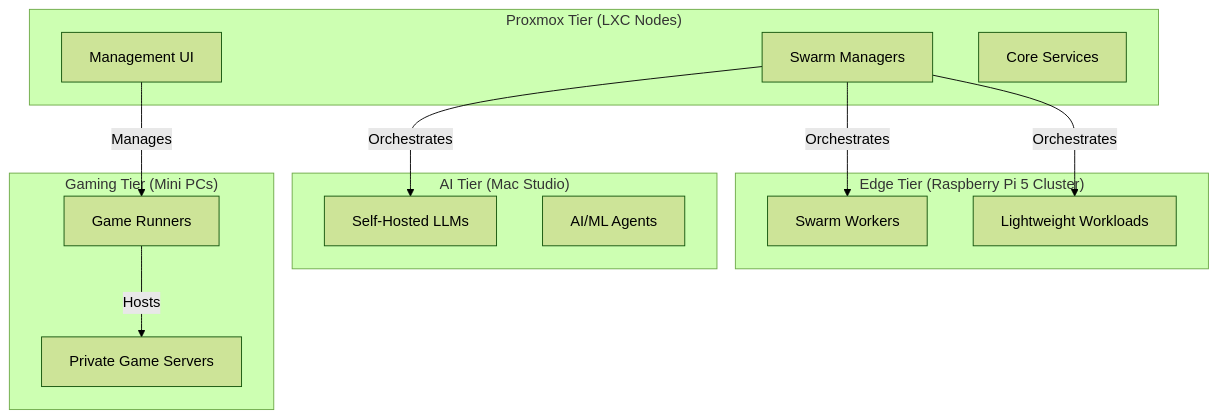
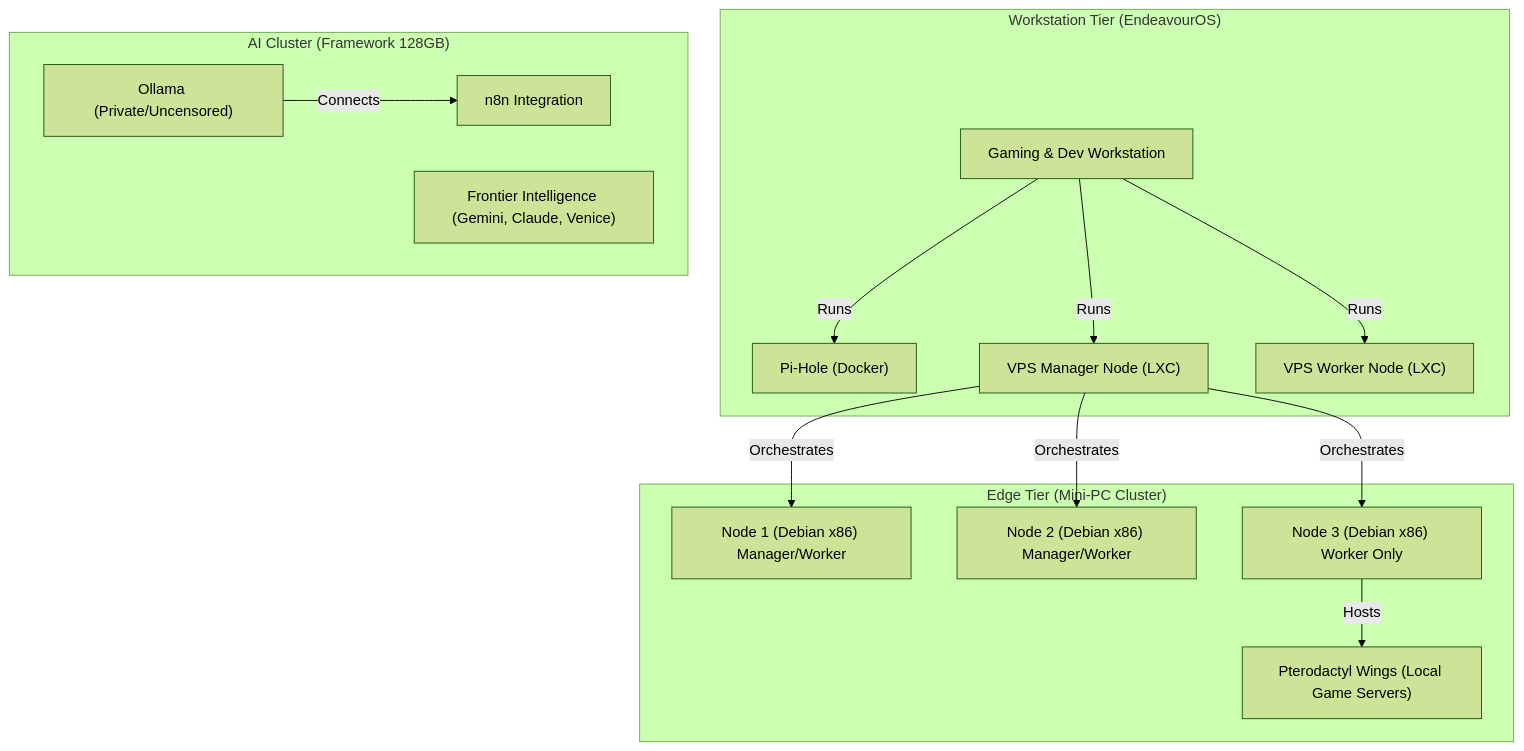
Before and after one commit to soriPhoono/cluster: the diagram in README.md, drawn with Mermaid (forest theme). The commit also changed other lines of this file and 12 other files, not shown here.

````diff
--- a/README.md
+++ b/README.md
@@ -9,29 +9,31 @@
 ```mermaid
 graph TD
-    subgraph "Proxmox Tier (LXC Nodes)"
-        M[Swarm Managers]
-        P[Management UI]
-        CS[Core Services]
+    subgraph "Workstation Tier (EndeavourOS)"
+        PC["Gaming & Dev Workstation"]
+        PH["Pi-Hole (Docker)"]
+        VM["VPS Manager Node (LXC)"]
+        VW["VPS Worker Node (LXC)"]
     end
 
-    subgraph "Edge Tier (Raspberry Pi 5 Cluster)"
-        W[Swarm Workers]
-        LW[Lightweight Workloads]
+    subgraph "Edge Tier (Mini-PC Cluster)"
+        E1["Node 1 (Debian x86) Manager/Worker"]
+        E2["Node 2 (Debian x86) Manager/Worker"]
+        E3["Node 3 (Debian x86) Worker Only"]
+        PW["Pterodactyl Wings (Local Game Servers)"]
     end
 
-    subgraph "AI Tier (Mac Studio)"
-        LLM[Self-Hosted LLMs]
-        AI[AI/ML Agents]
+    subgraph "AI Cluster (Framework 128GB)"
+        OL["Ollama (Private/Uncensored)"]
+        N8["n8n Integration"]
+        ext["Frontier Intelligence (Gemini, Claude, Venice)"]
     end
 
-    subgraph "Gaming Tier (Mini PCs)"
-        G[Game Runners]
-        GS[Private Game Servers]
-    end
-
-    M -- Orchestrates --> W
-    M -- Orchestrates --> LW
-    M -- Orchestrates --> LLM
-    P -- Manages --> G
-    G -- Hosts --> GS
+    PC -- Runs --> PH
+    PC -- Runs --> VM
+    PC -- Runs --> VW
+    VM -- Orchestrates --> E1
+    VM -- Orchestrates --> E2
+    VM -- Orchestrates --> E3
+    E3 -- Hosts --> PW
+    OL -- Connects --> N8
 ```
````
